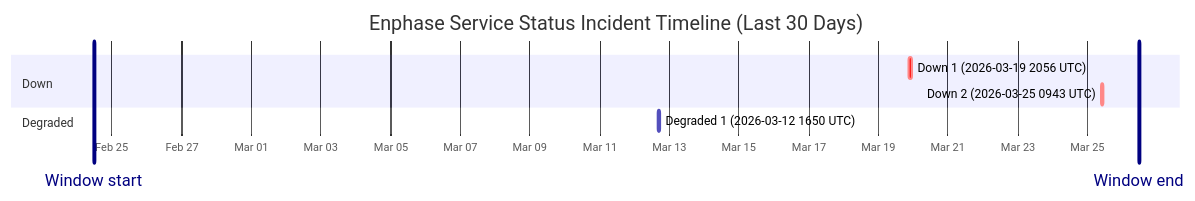
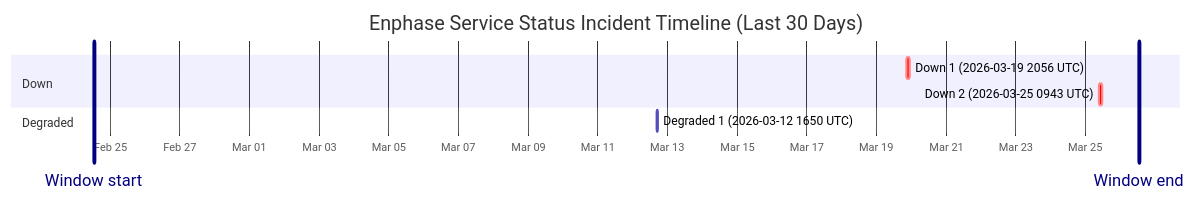
Before and after one commit to barneyonline/ha-enphase-ev-charger: the diagram in wiki/Service-Status-History.md, drawn with Mermaid. The commit also changed other lines of this file and 3 other files, not shown here.

````diff
--- a/wiki/Service-Status-History.md
+++ b/wiki/Service-Status-History.md
@@ -14,13 +14,13 @@
 ```mermaid
 gantt
     title Enphase Service Status Incident Timeline (Last 30 Days)
     dateFormat  YYYY-MM-DDTHH:mm:ss
     axisFormat  %b %d
-    Window start :vert, window-start, 2026-02-24T11:42:06, 0ms
-    Window end :vert, window-end, 2026-03-26T11:42:06, 0ms
+    Window start :vert, window-start, 2026-02-24T12:52:51, 0ms
+    Window end :vert, window-end, 2026-03-26T12:52:51, 0ms
     section Down
     Down 1 (2026-03-19 2056 UTC) :crit, down-1, 2026-03-19T20:56:20, 145m
     Down 2 (2026-03-25 0943 UTC) :crit, down-2, 2026-03-25T09:43:28, 111m
     section Degraded
     Degraded 1 (2026-03-12 1650 UTC) :active, degraded-1, 2026-03-12T16:50:43, 60m
 ```
````
